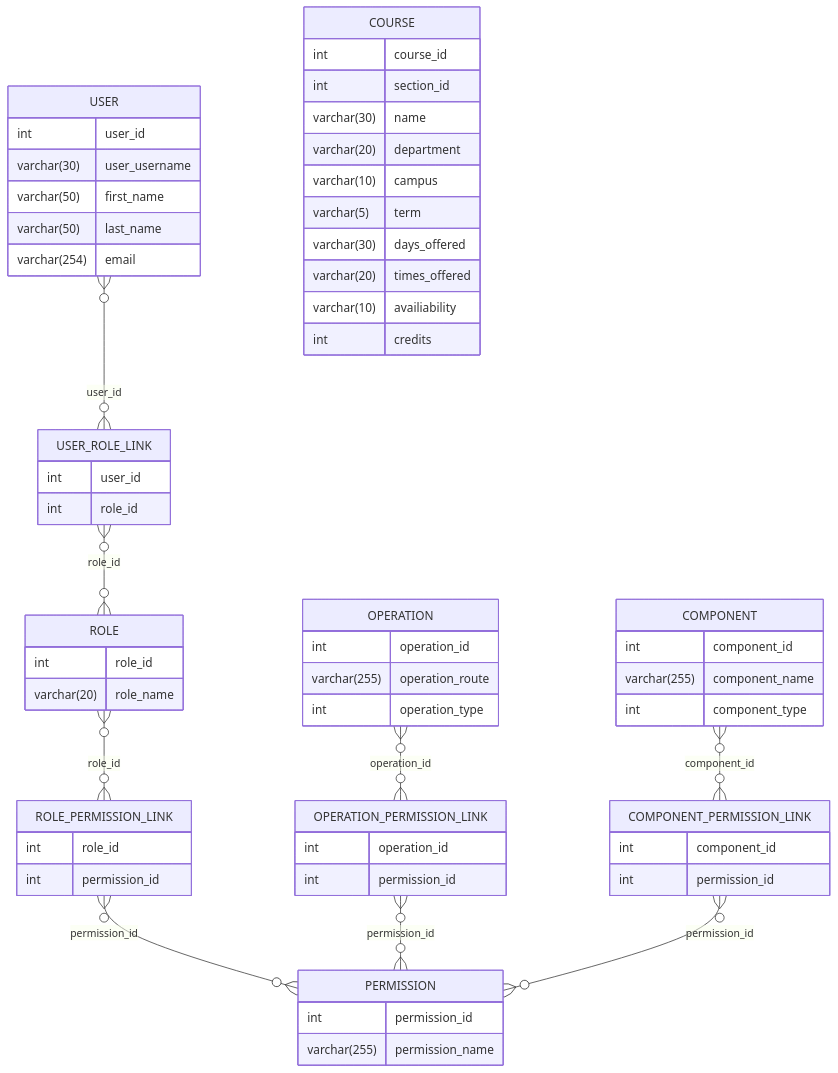
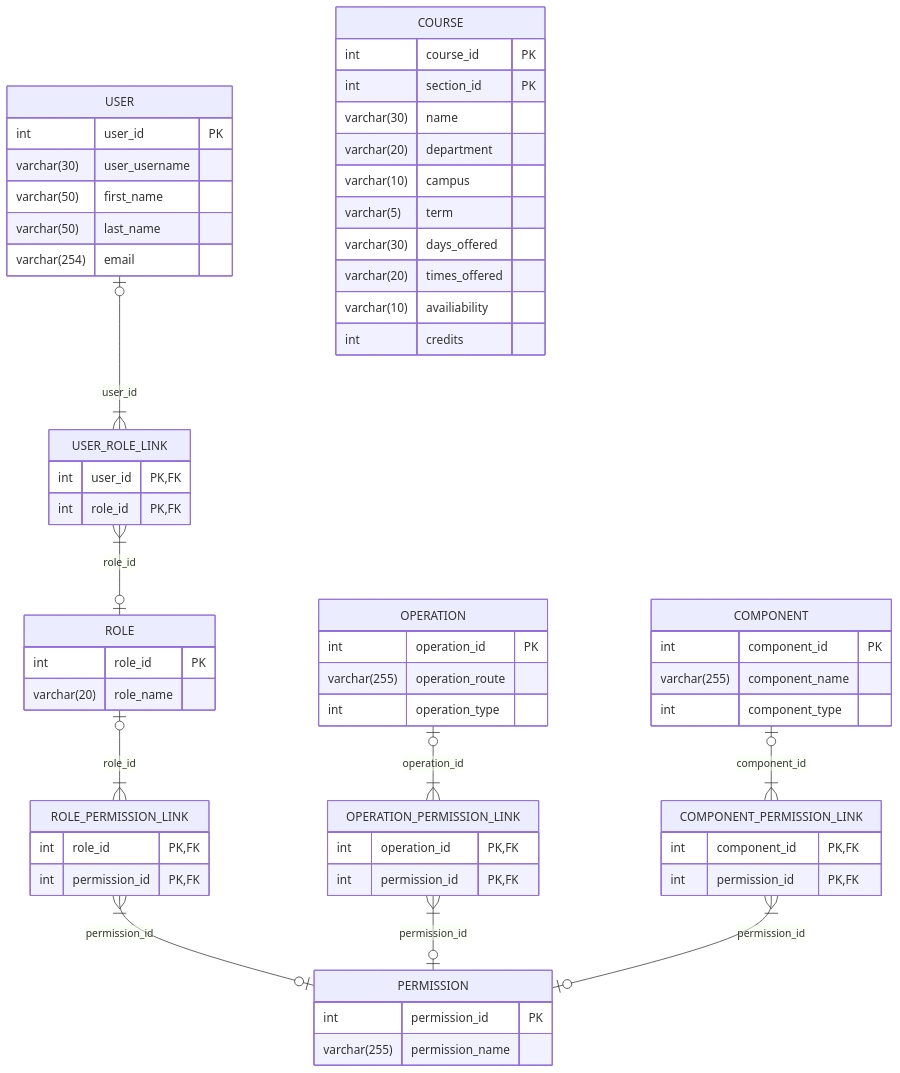
The diagram in database_er_diagram.mermaid (sivertlog/WebadvisorDesign), drawn with Mermaid before and after one commit.

Commit message:
Revise ER diagram with PK and FK annotations
Correcting conceptual ERDiagram

```diff
--- a/database_er_diagram.mermaid
+++ b/database_er_diagram.mermaid
@@ -1,87 +1,88 @@
 erDiagram
-    USER }o--o{ USER_ROLE_LINK : user_id
-    USER_ROLE_LINK }o--o{ ROLE : role_id
-    ROLE }o--o{ ROLE_PERMISSION_LINK : role_id
-    ROLE_PERMISSION_LINK }o--o{ PERMISSION : permission_id
-    OPERATION }o--o{ OPERATION_PERMISSION_LINK : operation_id
-    OPERATION_PERMISSION_LINK }o--o{ PERMISSION : permission_id
-    COMPONENT }o--o{ COMPONENT_PERMISSION_LINK : component_id
-    COMPONENT_PERMISSION_LINK }o--o{ PERMISSION : permission_id
+    USER |o--|{ USER_ROLE_LINK : user_id
+    USER_ROLE_LINK }|--o| ROLE : role_id
+    ROLE |o--|{ ROLE_PERMISSION_LINK : role_id
+    ROLE_PERMISSION_LINK }|--o| PERMISSION : permission_id
+    OPERATION |o--|{ OPERATION_PERMISSION_LINK : operation_id
+    OPERATION_PERMISSION_LINK }|--o| PERMISSION : permission_id
+    COMPONENT |o--|{ COMPONENT_PERMISSION_LINK : component_id
+    COMPONENT_PERMISSION_LINK }|--o| PERMISSION : permission_id
 
 
 	
 	COURSE {
-    int course_id
-    int section_id
+    int course_id PK
+    int section_id PK
     varchar(30) name
     varchar(20) department
     varchar(10) campus
     varchar(5) term
     varchar(30) days_offered
     varchar(20) times_offered
     varchar(10) availiability
     int credits
     }
 	
 	USER {
-	int user_id
+	int user_id PK
 	%%	2XXXXXX : STUDENT
 	%%	5XXXXXX : PROFESSOR
 	%%	7XXXXXX : ADMIN
 	varchar(30) user_username
 	varchar(50) first_name
 	varchar(50) last_name
 	varchar(254) email
 	}
 	
 	USER_ROLE_LINK {
-	int user_id
-	int role_id
+	int user_id PK,FK
+	int role_id PK,FK
 	}
 	
 	ROLE {
-	int role_id
+	int role_id PK
 	%%	1XX
 	%%	2XX
 	%%	5XX
 	%%	6XX
 	%%	7XX
 	varchar(20) role_name
 	%%	GUEST
 	%%	STUDENT
 	%%	PROFESSOR
 	%%	ADVISOR
 	%%	ADMINISTRATOR
 	}
 	
 	ROLE_PERMISSION_LINK {
-	int role_id
-	int permission_id
+	int role_id PK,FK
+	int permission_id PK,FK
 	}
 	
 	OPERATION {
-	int operation_id
+	int operation_id PK
 	varchar(255) operation_route
 	int operation_type
 	}
 	
 	OPERATION_PERMISSION_LINK {
-	int operation_id
-	int permission_id
+	int operation_id PK,FK
+	int permission_id PK,FK
 	}
 	
 	PERMISSION {
-	int permission_id
+	int permission_id PK
 	varchar(255) permission_name
 	}
 	
 	COMPONENT_PERMISSION_LINK {
-	int component_id
-	int permission_id
+	int component_id PK,FK
+	int permission_id PK,FK
 	}
 	
 	COMPONENT {
-	int component_id
+	int component_id PK
 	varchar(255) component_name
 	int component_type
+
 	}
```
